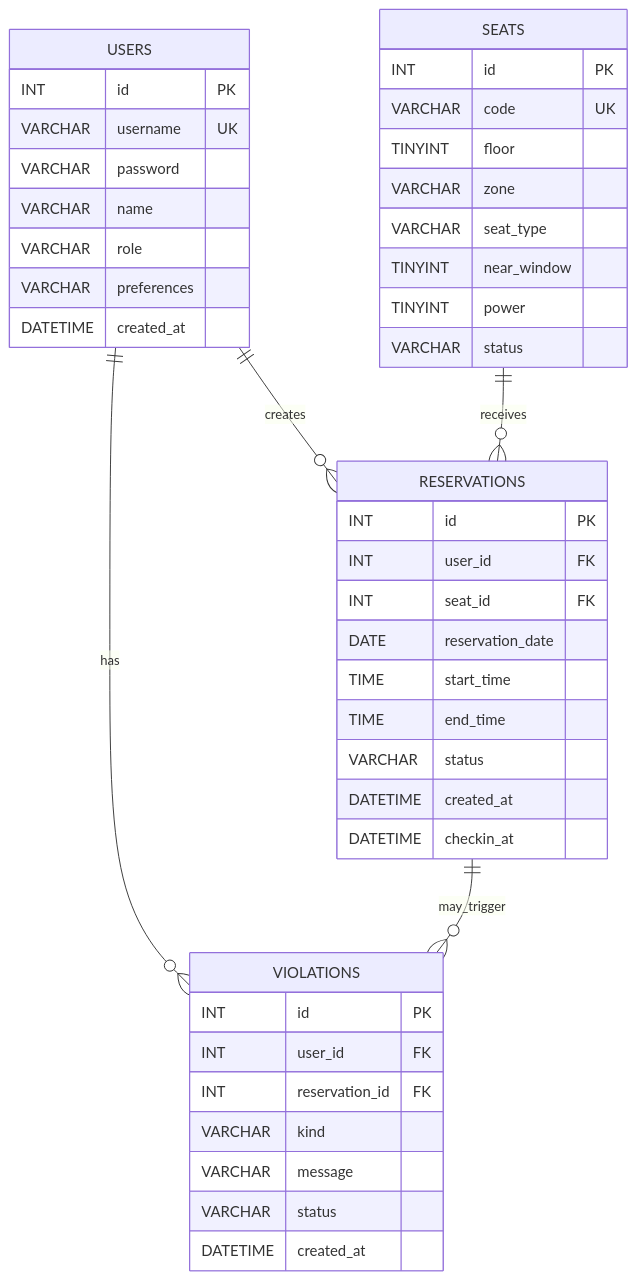
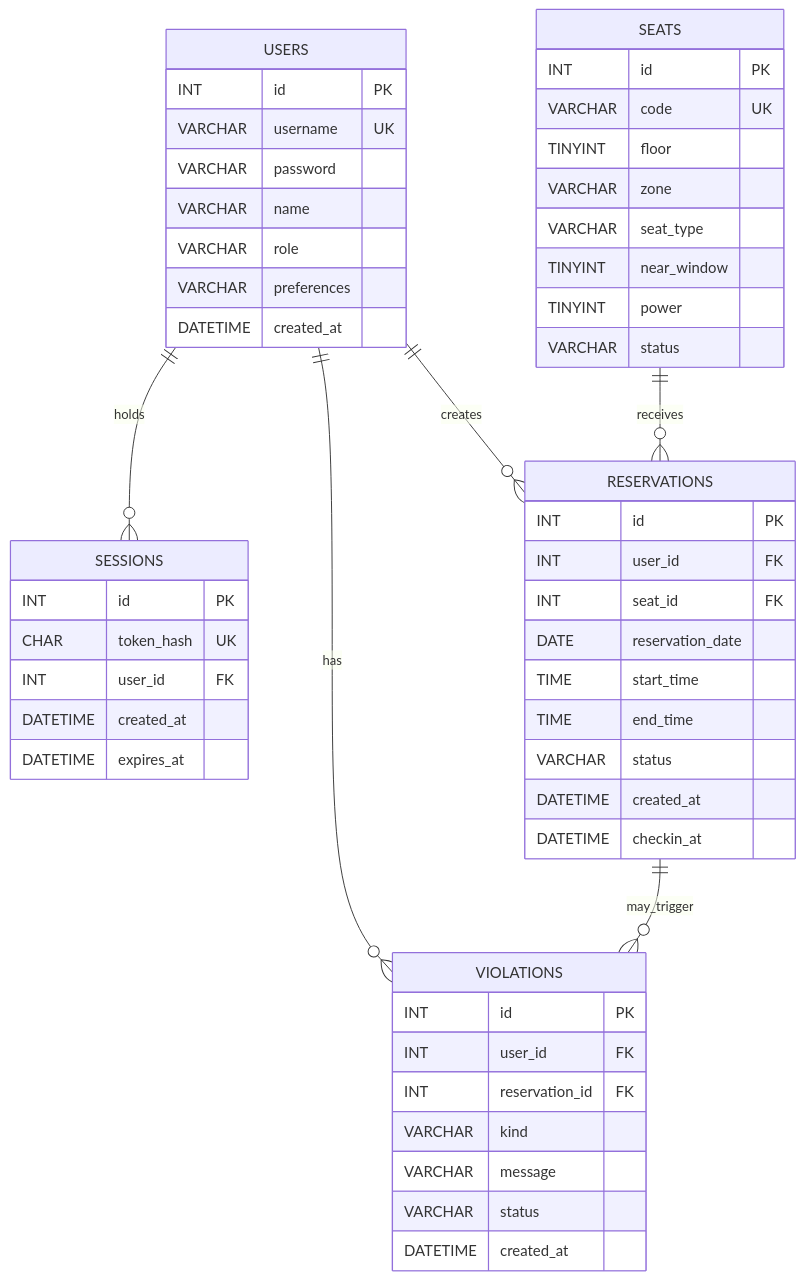
Before and after one commit to Type81-1/campus-ai-study-room: the seventh of 9 diagrams in docs/系统设计/当前代码设计图稿.md, drawn with Mermaid. The commit also changed other lines of this file and 10 other files, not shown here.

````diff
--- a/docs/系统设计/当前代码设计图稿.md
+++ b/docs/系统设计/当前代码设计图稿.md
@@ -332,46 +402,54 @@
 ```mermaid
 erDiagram
     USERS {
         INT id PK
         VARCHAR username UK
         VARCHAR password
         VARCHAR name
         VARCHAR role
         VARCHAR preferences
         DATETIME created_at
+    }
+    SESSIONS {
+        INT id PK
+        CHAR token_hash UK
+        INT user_id FK
+        DATETIME created_at
+        DATETIME expires_at
     }
     SEATS {
         INT id PK
         VARCHAR code UK
         TINYINT floor
         VARCHAR zone
         VARCHAR seat_type
         TINYINT near_window
         TINYINT power
         VARCHAR status
     }
     RESERVATIONS {
         INT id PK
         INT user_id FK
         INT seat_id FK
         DATE reservation_date
         TIME start_time
         TIME end_time
         VARCHAR status
         DATETIME created_at
         DATETIME checkin_at
     }
     VIOLATIONS {
         INT id PK
         INT user_id FK
         INT reservation_id FK
         VARCHAR kind
         VARCHAR message
         VARCHAR status
         DATETIME created_at
     }
+    USERS ||--o{ SESSIONS : holds
     USERS ||--o{ RESERVATIONS : creates
     SEATS ||--o{ RESERVATIONS : receives
     USERS ||--o{ VIOLATIONS : has
     RESERVATIONS ||--o{ VIOLATIONS : may_trigger
 ```
````
